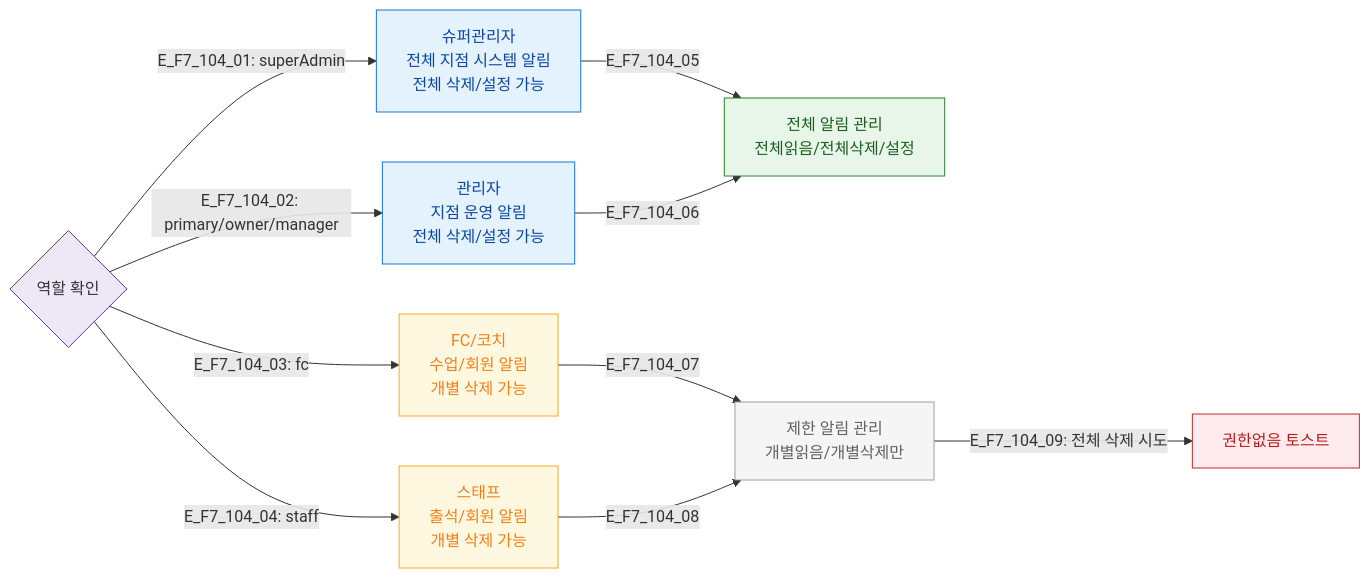
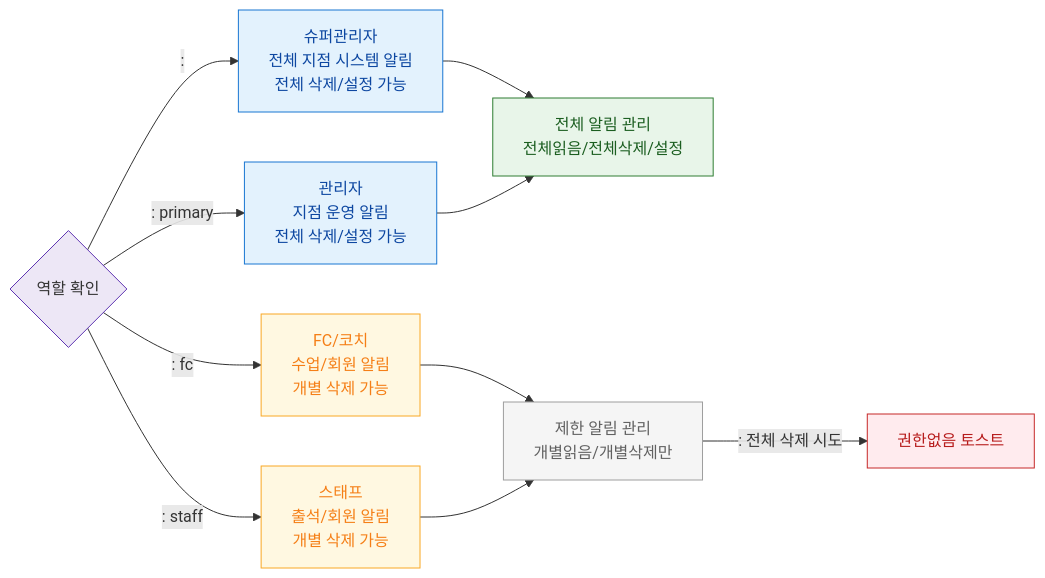
One commit to dev-spogym/admin-pando changed the diagram in docs/다이어그램/D01_공통/SCR-104_알림센터/F7_권한.md. Above: the diagram before and after it, drawn with Mermaid. The commit also changed other lines of this file and 1660 other files, not shown here.

First line of the commit message:
다이어그램: 기획자/클라이언트 납품본으로 정리

````diff
--- a/docs/다이어그램/D01_공통/SCR-104_알림센터/F7_권한.md
+++ b/docs/다이어그램/D01_공통/SCR-104_알림센터/F7_권한.md
@@ -19,29 +17,29 @@
 ```mermaid
 flowchart LR
     ROLE{역할 확인}
 
-    ROLE -->|"E_F7_104_01: superAdmin"| SA[슈퍼관리자\n전체 지점 시스템 알림\n전체 삭제/설정 가능]
-    ROLE -->|"E_F7_104_02: primary/owner/manager"| MG[관리자\n지점 운영 알림\n전체 삭제/설정 가능]
-    ROLE -->|"E_F7_104_03: fc"| FC[FC/코치\n수업/회원 알림\n개별 삭제 가능]
-    ROLE -->|"E_F7_104_04: staff"| ST[스태프\n출석/회원 알림\n개별 삭제 가능]
+    ROLE -->|": "|SA[슈퍼관리자\n전체 지점 시스템 알림\n전체 삭제/설정 가능]
+    ROLE -->|": primary"|MG[관리자\n지점 운영 알림\n전체 삭제/설정 가능]
+    ROLE -->|": fc"|FC[FC/코치\n수업/회원 알림\n개별 삭제 가능]
+    ROLE -->|": staff"|ST[스태프\n출석/회원 알림\n개별 삭제 가능]
 
-    SA -->|E_F7_104_05| ACT_FULL[전체 알림 관리\n전체읽음/전체삭제/설정]
-    MG -->|E_F7_104_06| ACT_FULL
-    FC -->|E_F7_104_07| ACT_LIMITED[제한 알림 관리\n개별읽음/개별삭제만]
-    ST -->|E_F7_104_08| ACT_LIMITED
+    SA --> ACT_FULL[전체 알림 관리\n전체읽음/전체삭제/설정]
+    MG --> ACT_FULL
+    FC --> ACT_LIMITED[제한 알림 관리\n개별읽음/개별삭제만]
+    ST --> ACT_LIMITED
 
-    ACT_LIMITED -->|"E_F7_104_09: 전체 삭제 시도"| BLOCKED[권한없음 토스트]
+    ACT_LIMITED -->|": 전체 삭제 시도"|BLOCKED[권한없음 토스트]
 
-    classDef screen      fill:#E3F2FD,stroke:#1976D2,color:#0D47A1
-    classDef success     fill:#E8F5E9,stroke:#2E7D32,color:#1B5E20
-    classDef warning     fill:#FFF8E1,stroke:#F9A825,color:#F57F17
-    classDef error       fill:#FFEBEE,stroke:#C62828,color:#B71C1C
+    classDef screen fill:#E3F2FD,stroke:#1976D2,color:#0D47A1
+    classDef success fill:#E8F5E9,stroke:#2E7D32,color:#1B5E20
+    classDef warning fill:#FFF8E1,stroke:#F9A825,color:#F57F17
+    classDef error fill:#FFEBEE,stroke:#C62828,color:#B71C1C
     classDef rbacBlocked fill:#F5F5F5,stroke:#9E9E9E,color:#616161
-    classDef system      fill:#EDE7F6,stroke:#5E35B2
+    classDef system fill:#EDE7F6,stroke:#5E35B2
     class SA,MG screen
     class FC,ST warning
     class ACT_FULL success
     class ACT_LIMITED rbacBlocked
     class BLOCKED error
     class ROLE system
 ```
````
